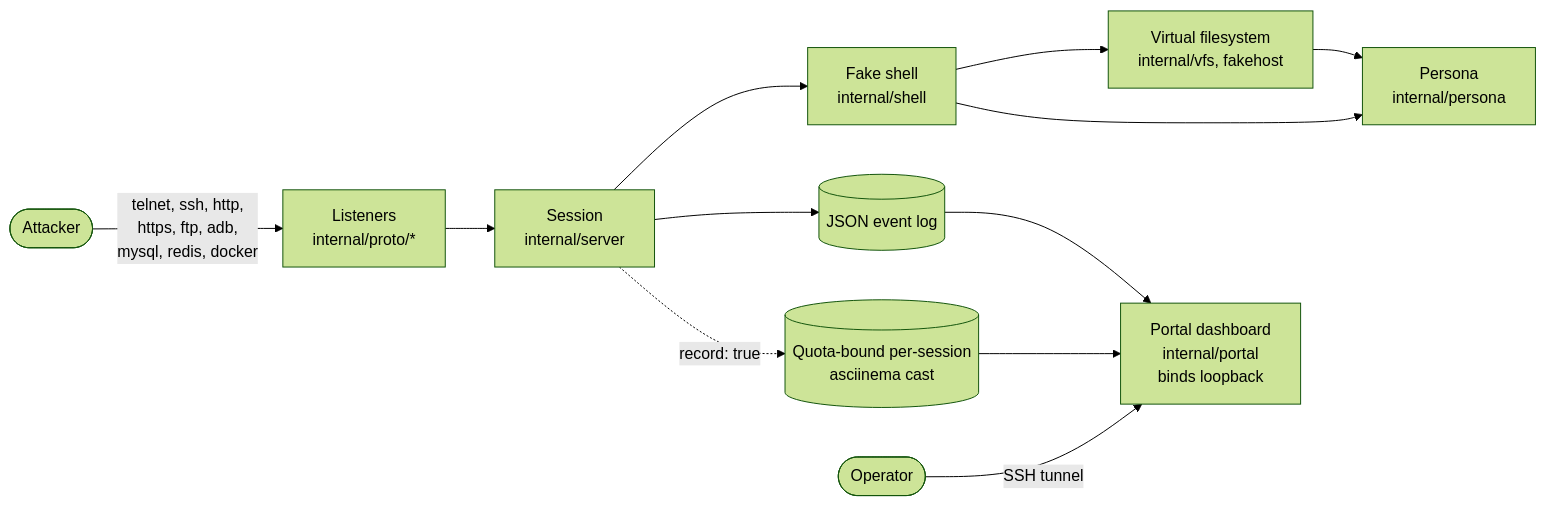
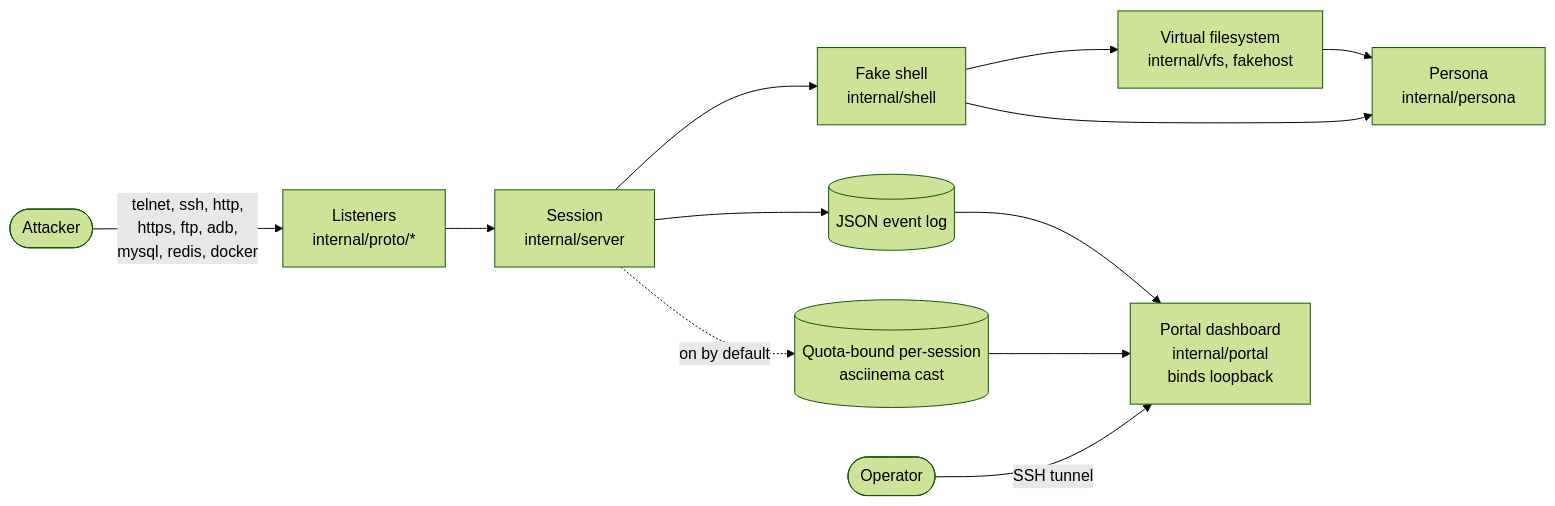
Before and after one commit to adrianmcphee/sweeTTY: the first of 3 diagrams in ARCHITECTURE.md, drawn with Mermaid (forest theme). The commit also changed 5 other files, not shown here.

First line of the commit message:
fix(recording): turn session recording back on by default

````diff
--- a/ARCHITECTURE.md
+++ b/ARCHITECTURE.md
@@ -9,14 +9,14 @@
 ```mermaid
 flowchart LR
     ATK([Attacker]) -->|telnet, ssh, http,<br/>https, ftp, adb,<br/>mysql, redis, docker| LIS["Listeners<br/>internal/proto/*"]
     LIS --> SES["Session<br/>internal/server"]
     SES --> SHELL["Fake shell<br/>internal/shell"]
     SHELL --> VFS["Virtual filesystem<br/>internal/vfs, fakehost"]
     SHELL --> PER["Persona<br/>internal/persona"]
     VFS --> PER
     SES --> LOG[("JSON event log")]
-    SES -. "record: true" .-> CAST[("Quota-bound per-session<br/>asciinema cast")]
+    SES -. "on by default" .-> CAST[("Quota-bound per-session<br/>asciinema cast")]
     LOG --> PORTAL["Portal dashboard<br/>internal/portal<br/>binds loopback"]
     CAST --> PORTAL
     OP([Operator]) -->|SSH tunnel| PORTAL
 ```
````
